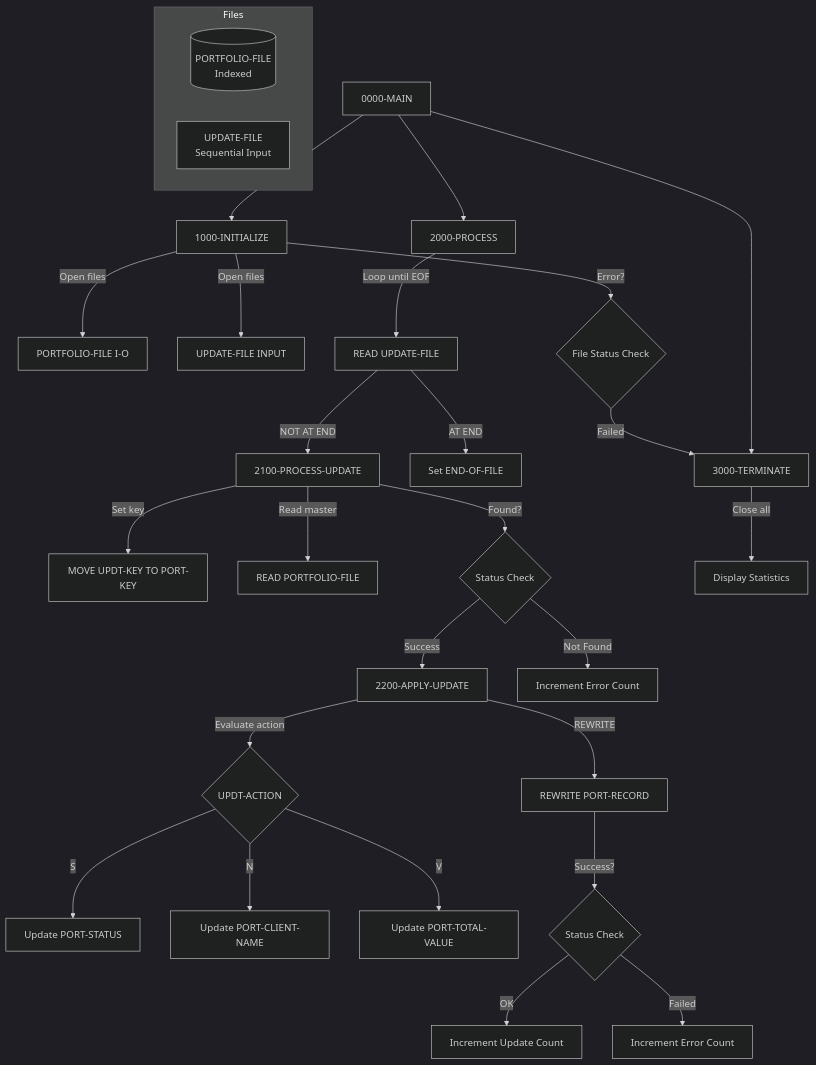
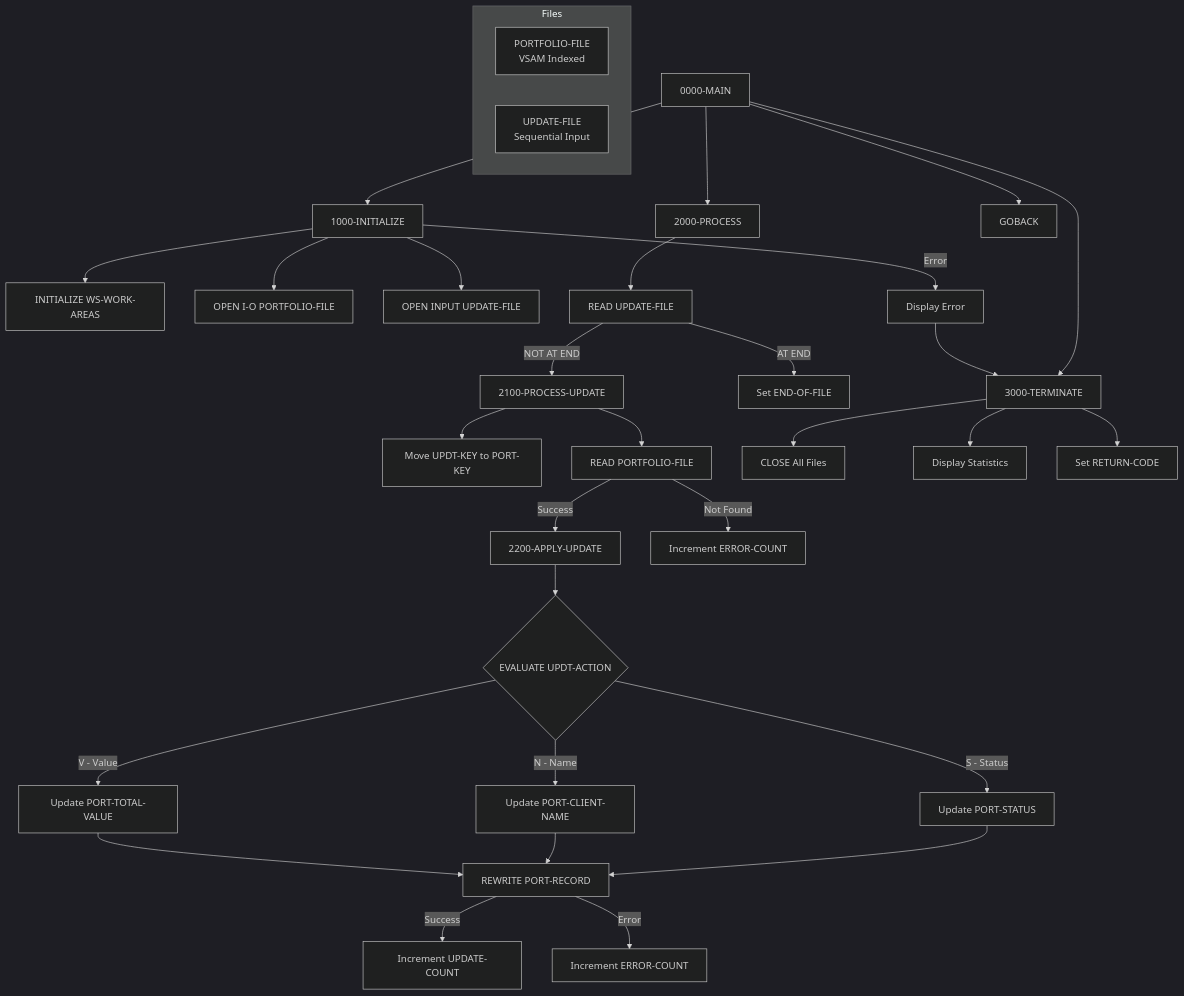
One commit to haladir-com/legacy-benchmark-docs-vb70e1 changed the diagram in docs/programs/PORTUPDT.mdx. Above: the diagram before and after it, drawn with Mermaid (dark theme). The commit also changed other lines of this file and 63 other files, not shown here.

````diff
--- a/docs/programs/PORTUPDT.mdx
+++ b/docs/programs/PORTUPDT.mdx
@@ -19,38 +21,40 @@
 ```mermaid
 graph TD
     A[0000-MAIN] --> B[1000-INITIALIZE]
     A --> C[2000-PROCESS]
     A --> D[3000-TERMINATE]
+    A --> E[GOBACK]
     
-    B -->|Open files| E[PORTFOLIO-FILE I-O]
-    B -->|Open files| F[UPDATE-FILE INPUT]
-    B -->|Error?| G{File Status Check}
-    G -->|Failed| D
+    B --> B1[INITIALIZE WS-WORK-AREAS]
+    B --> B2[OPEN I-O PORTFOLIO-FILE]
+    B --> B3[OPEN INPUT UPDATE-FILE]
+    B -->|Error| B4[Display Error]
+    B4 --> D
     
-    C -->|Loop until EOF| H[READ UPDATE-FILE]
-    H -->|AT END| I[Set END-OF-FILE]
-    H -->|NOT AT END| J[2100-PROCESS-UPDATE]
+    C --> C1[READ UPDATE-FILE]
+    C1 -->|AT END| C2[Set END-OF-FILE]
+    C1 -->|NOT AT END| C3[2100-PROCESS-UPDATE]
     
-    J -->|Set key| K[MOVE UPDT-KEY TO PORT-KEY]
-    J -->|Read master| L[READ PORTFOLIO-FILE]
-    J -->|Found?| M{Status Check}
-    M -->|Success| N[2200-APPLY-UPDATE]
-    M -->|Not Found| O[Increment Error Count]
+    C3 --> C4[Move UPDT-KEY to PORT-KEY]
+    C3 --> C5[READ PORTFOLIO-FILE]
+    C5 -->|Success| C6[2200-APPLY-UPDATE]
+    C5 -->|Not Found| C7[Increment ERROR-COUNT]
     
-    N -->|Evaluate action| P{UPDT-ACTION}
-    P -->|S| Q[Update PORT-STATUS]
-    P -->|N| R[Update PORT-CLIENT-NAME]
-    P -->|V| S[Update PORT-TOTAL-VALUE]
+    C6 --> C8{EVALUATE UPDT-ACTION}
+    C8 -->|S - Status| C9[Update PORT-STATUS]
+    C8 -->|N - Name| C10[Update PORT-CLIENT-NAME]
+    C8 -->|V - Value| C11[Update PORT-TOTAL-VALUE]
     
-    N -->|REWRITE| T[REWRITE PORT-RECORD]
-    T -->|Success?| U{Status Check}
-    U -->|OK| V[Increment Update Count]
-    U -->|Failed| W[Increment Error Count]
+    C9 & C10 & C11 --> C12[REWRITE PORT-RECORD]
+    C12 -->|Success| C13[Increment UPDATE-COUNT]
+    C12 -->|Error| C14[Increment ERROR-COUNT]
     
-    D -->|Close all| X[Display Statistics]
+    D --> D1[CLOSE All Files]
+    D --> D2[Display Statistics]
+    D --> D3[Set RETURN-CODE]
     
     subgraph "Files"
-        Y[(PORTFOLIO-FILE<br/>Indexed)]
-        Z[UPDATE-FILE<br/>Sequential Input]
+        F1[PORTFOLIO-FILE<br/>VSAM Indexed]
+        F2[UPDATE-FILE<br/>Sequential Input]
     end
 ```
````
